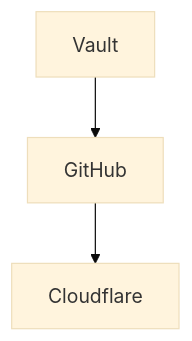
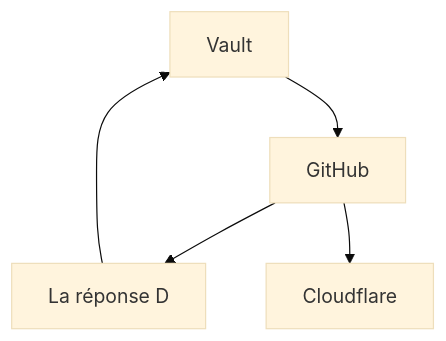
One commit to cedbo26/pestalozzi-intranet changed the diagram in content/99_Tech_Docs/Synthaxe obsidian.md. Above: the diagram before and after it, drawn with Mermaid (base theme). The commit also changed other lines of this file and 2 other files, not shown here.

Commit message:
publish: 2025-08-27 14:12:53

````diff
--- a/content/99_Tech_Docs/Synthaxe obsidian.md
+++ b/content/99_Tech_Docs/Synthaxe obsidian.md
@@ -138,5 +139,7 @@
 ```mermaid
 flowchart TD
     A[Vault] --> B[GitHub]
+    B --> D[La réponse D]
     B --> C[Cloudflare]
+    D --> A
 ```
````
